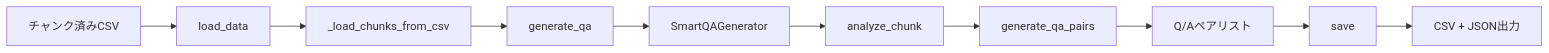
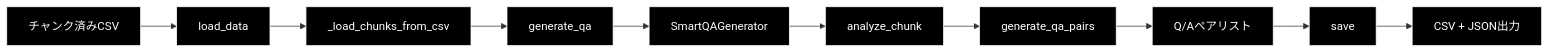
The second of 8 diagrams in qa_qdrant/docs/make_qa_qapipeline.md (nakashima2toshio/grace_v2_local), drawn with Mermaid before and after one commit. The commit also changed other lines of this file and 4 other files, not shown here.

First line of the commit message:
docs: Mermaid 26 図に黒背景スタイルを適用する

````diff
--- a/qa_qdrant/docs/make_qa_qapipeline.md
+++ b/qa_qdrant/docs/make_qa_qapipeline.md
@@ -102,12 +110,15 @@
 ```mermaid
 flowchart LR
     A[チャンク済みCSV] --> B[load_data]
     B --> C[_load_chunks_from_csv]
     C --> D[generate_qa]
     D --> E[SmartQAGenerator]
     E --> F[analyze_chunk]
     F --> G[generate_qa_pairs]
     G --> H[Q/Aペアリスト]
     H --> I[save]
     I --> J[CSV + JSON出力]
+classDef default fill:#000,stroke:#fff,color:#fff
+classDef subgraphStyle fill:#1a1a1a,stroke:#fff,color:#fff
+class A,B,C,D,E,F,G,H,I,J default
 ```
````
